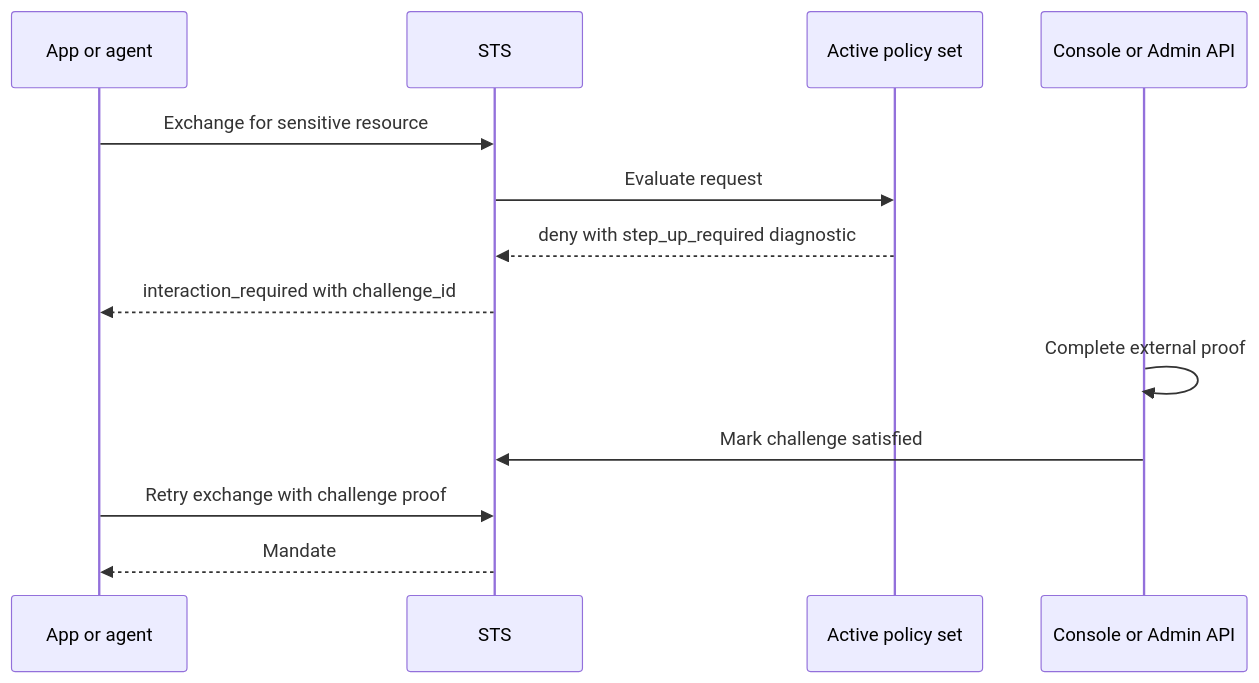
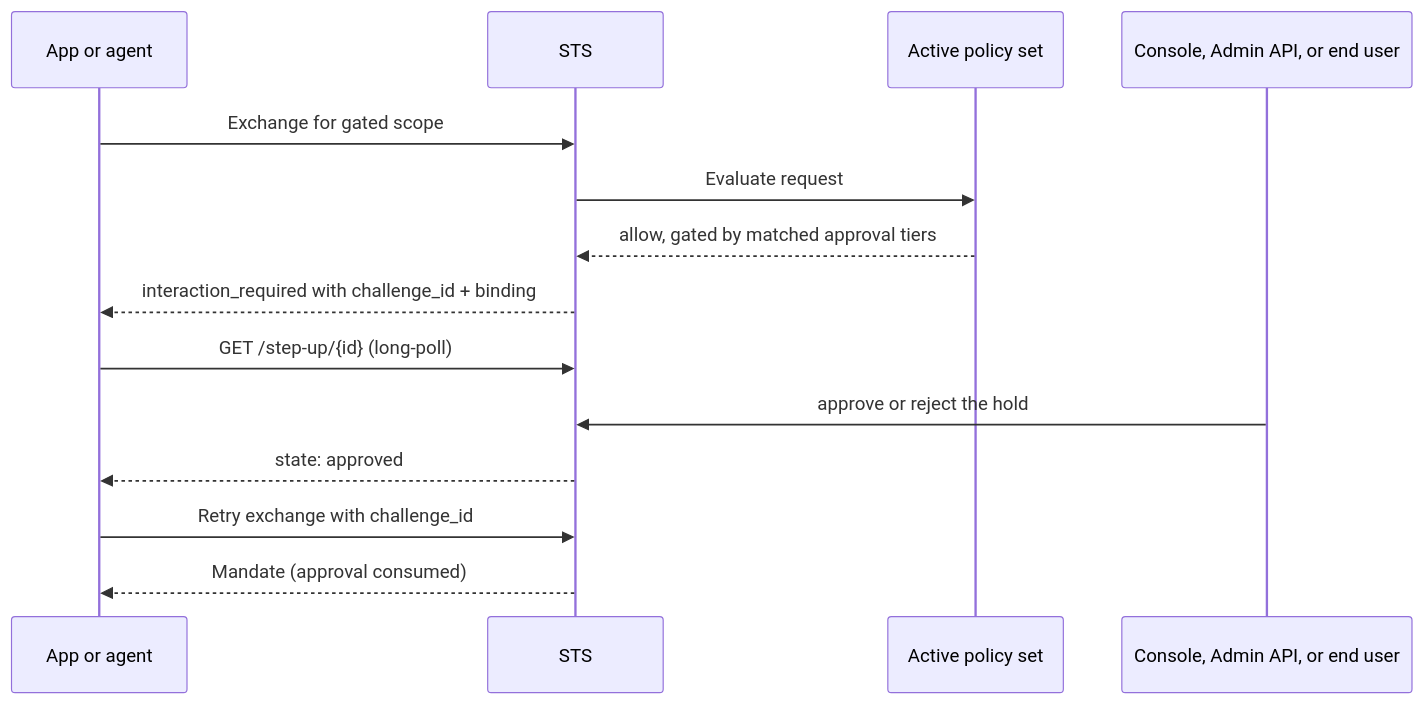
The diagram in docs/src/content/docs/concepts/step-up.mdx (Garudex-Labs/caracal), drawn with Mermaid before and after one commit. The commit also changed other lines of this file and 3 other files, not shown here.

Commit message:
feat: update policy and step-up documentation to clarify human approval gating and approval flow

````diff
--- a/docs/src/content/docs/concepts/step-up.mdx
+++ b/docs/src/content/docs/concepts/step-up.mdx
@@ -14,16 +14,17 @@
 ```mermaid
 sequenceDiagram
   participant App as App or agent
   participant STS as STS
   participant Policy as Active policy set
-  participant Control as Console or Admin API
+  participant Approver as Console, Admin API, or end user
 
-  App->>STS: Exchange for sensitive resource
+  App->>STS: Exchange for gated scope
   STS->>Policy: Evaluate request
-  Policy-->>STS: deny with step_up_required diagnostic
-  STS-->>App: interaction_required with challenge_id
-  Control->>Control: Complete external proof
-  Control->>STS: Mark challenge satisfied
-  App->>STS: Retry exchange with challenge proof
-  STS-->>App: Mandate
+  Policy-->>STS: allow, gated by matched approval tiers
+  STS-->>App: interaction_required with challenge_id + binding
+  App->>STS: GET /step-up/{id} (long-poll)
+  Approver->>STS: approve or reject the hold
+  STS-->>App: state: approved
+  App->>STS: Retry exchange with challenge_id
+  STS-->>App: Mandate (approval consumed)
 ```
````
